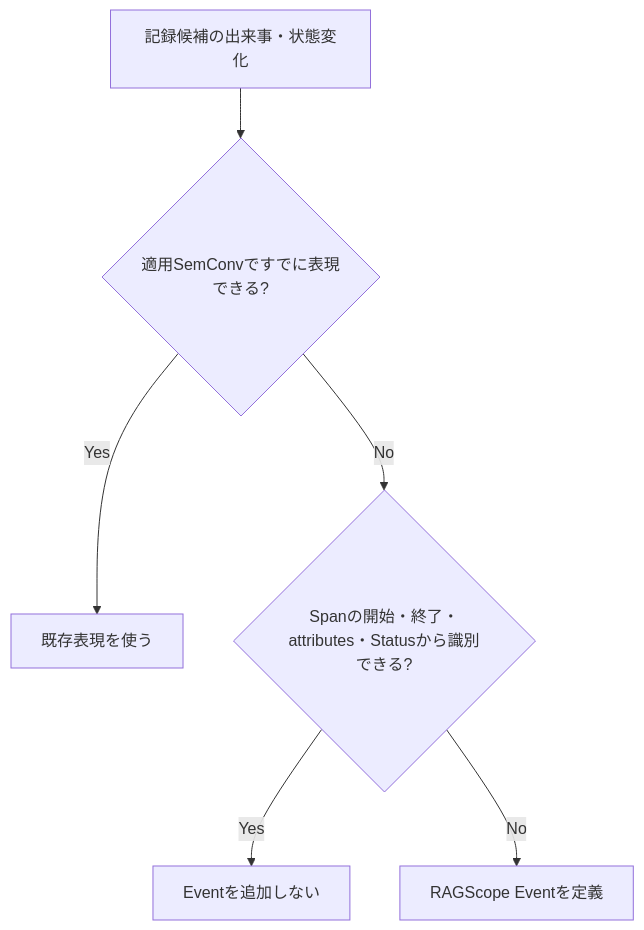
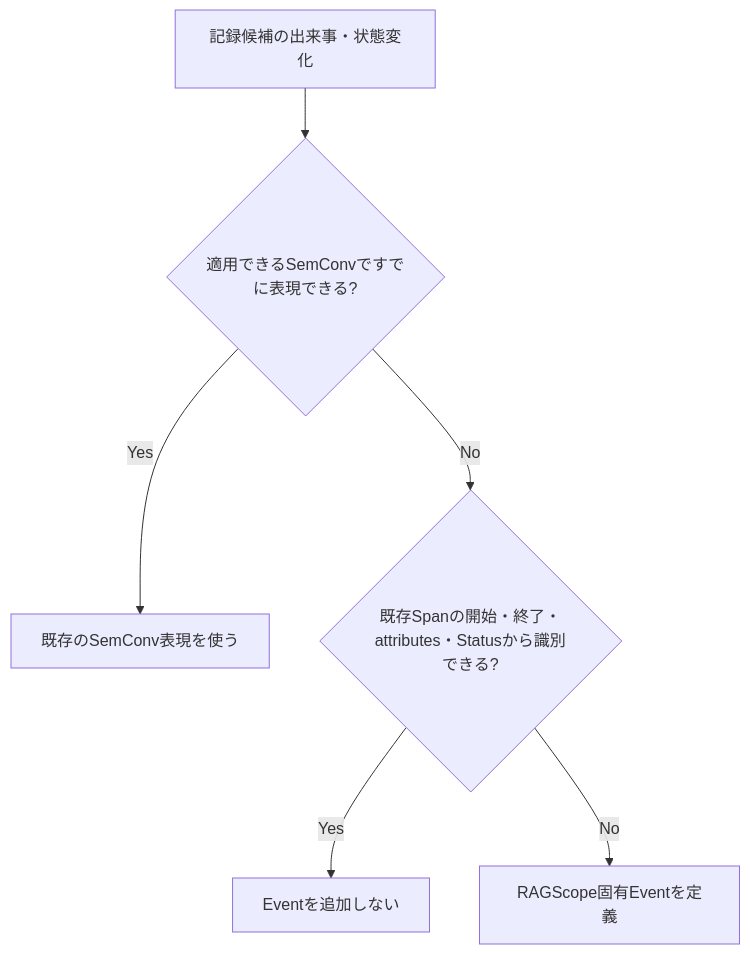
Before and after one commit to takashit16833/Workbench: the diagram in Notes/RAGScope/RAGScopeアプリケーション/RS-0023 Logs設計メモ.md, drawn with Mermaid. The commit also changed other lines of this file, not shown here.

````diff
--- a/Notes/RAGScope/RAGScopeアプリケーション/RS-0023 Logs設計メモ.md
+++ b/Notes/RAGScope/RAGScopeアプリケーション/RS-0023 Logs設計メモ.md
@@ -49,8 +50,8 @@
 ```mermaid
 flowchart TD
-    A["記録候補の出来事・状態変化"] --> B{"適用SemConvですでに表現できる?"}
-    B -->|Yes| C["既存表現を使う"]
-    B -->|No| D{"Spanの開始・終了・attributes・Statusから識別できる?"}
+    A["記録候補の出来事・状態変化"] --> B{"適用できるSemConvですでに表現できる?"}
+    B -->|Yes| C["既存のSemConv表現を使う"]
+    B -->|No| D{"既存Spanの開始・終了・attributes・Statusから識別できる?"}
     D -->|Yes| E["Eventを追加しない"]
-    D -->|No| F["RAGScope Eventを定義"]
+    D -->|No| F["RAGScope固有Eventを定義"]
 ```
````
